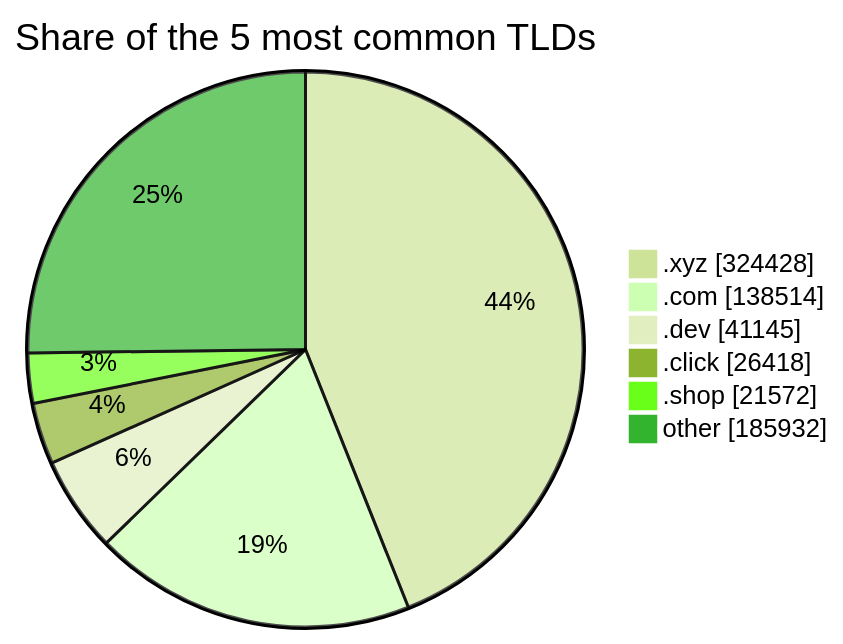
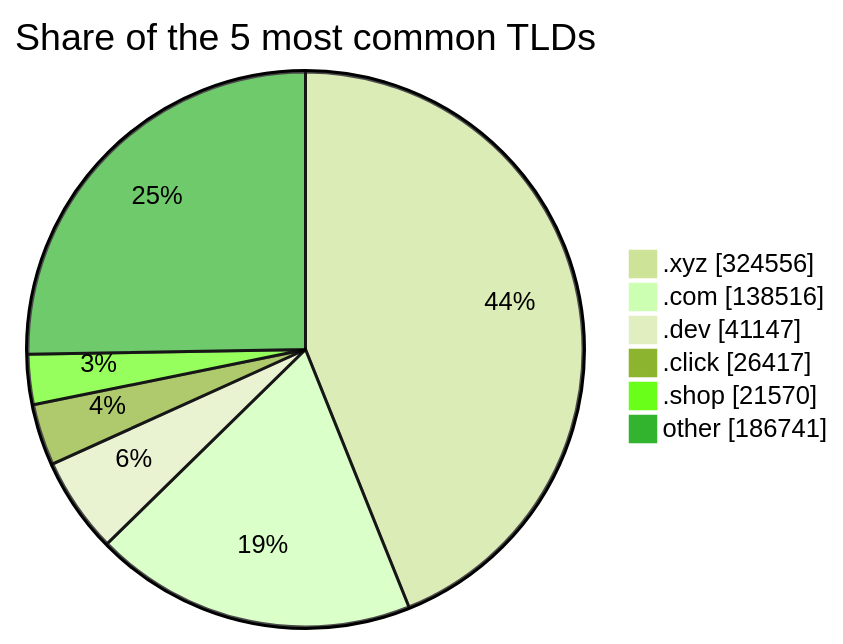
The third of 3 diagrams in README.md (DNSBunker/CTI), drawn with Mermaid (forest theme) before and after one commit. The commit also changed other lines of this file and 3 other files, not shown here.

````diff
--- a/README.md
+++ b/README.md
@@ -81,9 +81,9 @@
 ```mermaid
 pie showData title Share of the 5 most common TLDs
-    ".xyz" : 324428
-    ".com" : 138514
-    ".dev" : 41145
-    ".click" : 26418
-    ".shop" : 21572
-    "other" : 185932
+    ".xyz" : 324556
+    ".com" : 138516
+    ".dev" : 41147
+    ".click" : 26417
+    ".shop" : 21570
+    "other" : 186741
 ```
````
